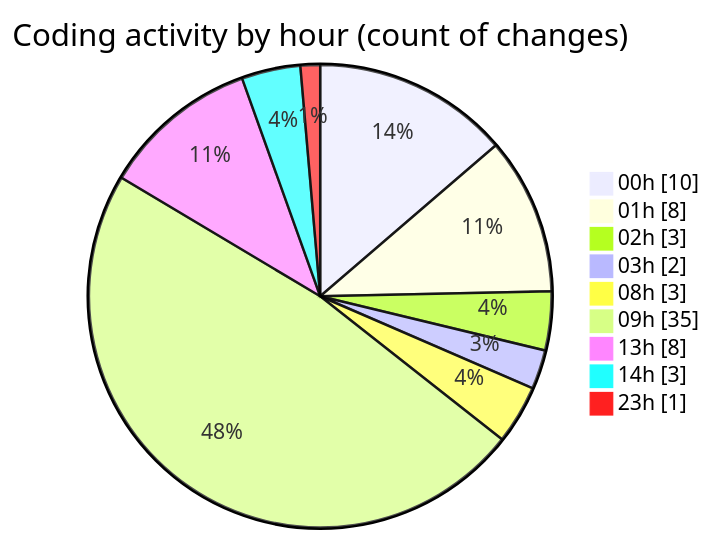
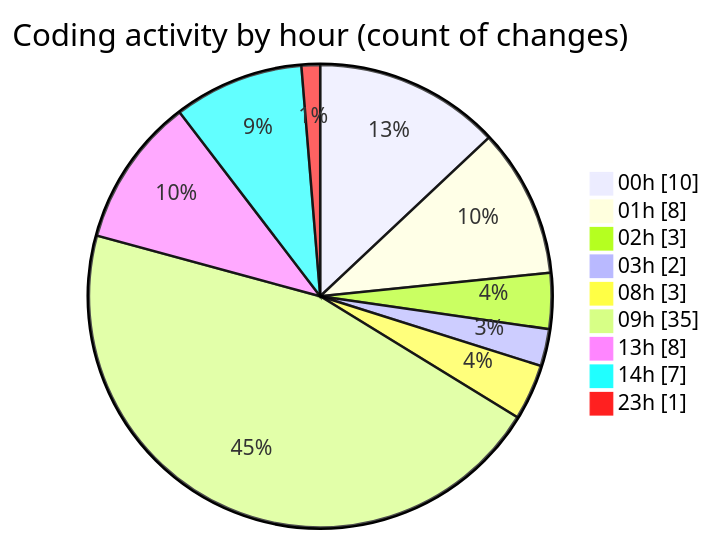
Before and after one commit to tmsrecording-cyber/code-tracking: the second of 2 diagrams in 2026-02-09/singularitybrainai/README.md, drawn with Mermaid. The commit also changed other lines of this file and 1 other file, not shown here.

````diff
--- a/2026-02-09/singularitybrainai/README.md
+++ b/2026-02-09/singularitybrainai/README.md
@@ -34,13 +34,13 @@
 ```mermaid
 pie showData
 title Coding activity by hour (count of changes)
 "00h" : 10
 "01h" : 8
 "02h" : 3
 "03h" : 2
 "08h" : 3
 "09h" : 35
 "13h" : 8
-"14h" : 3
+"14h" : 7
 "23h" : 1
 ```
````
